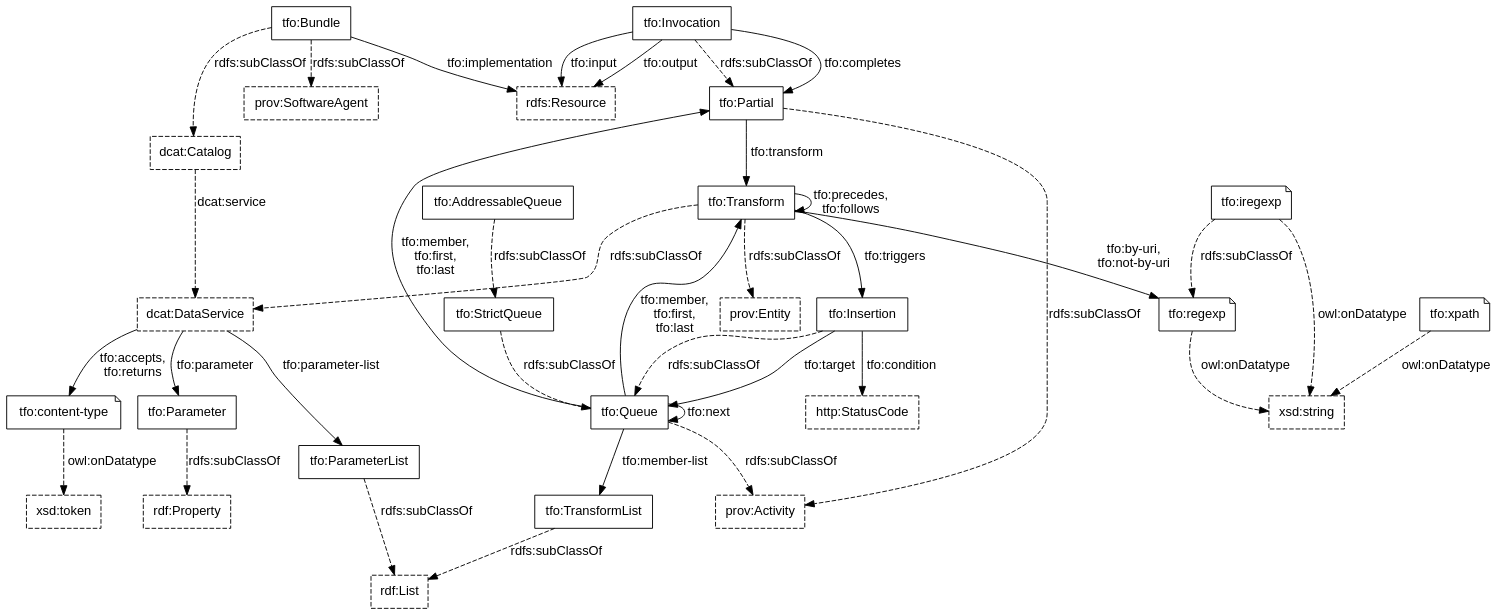
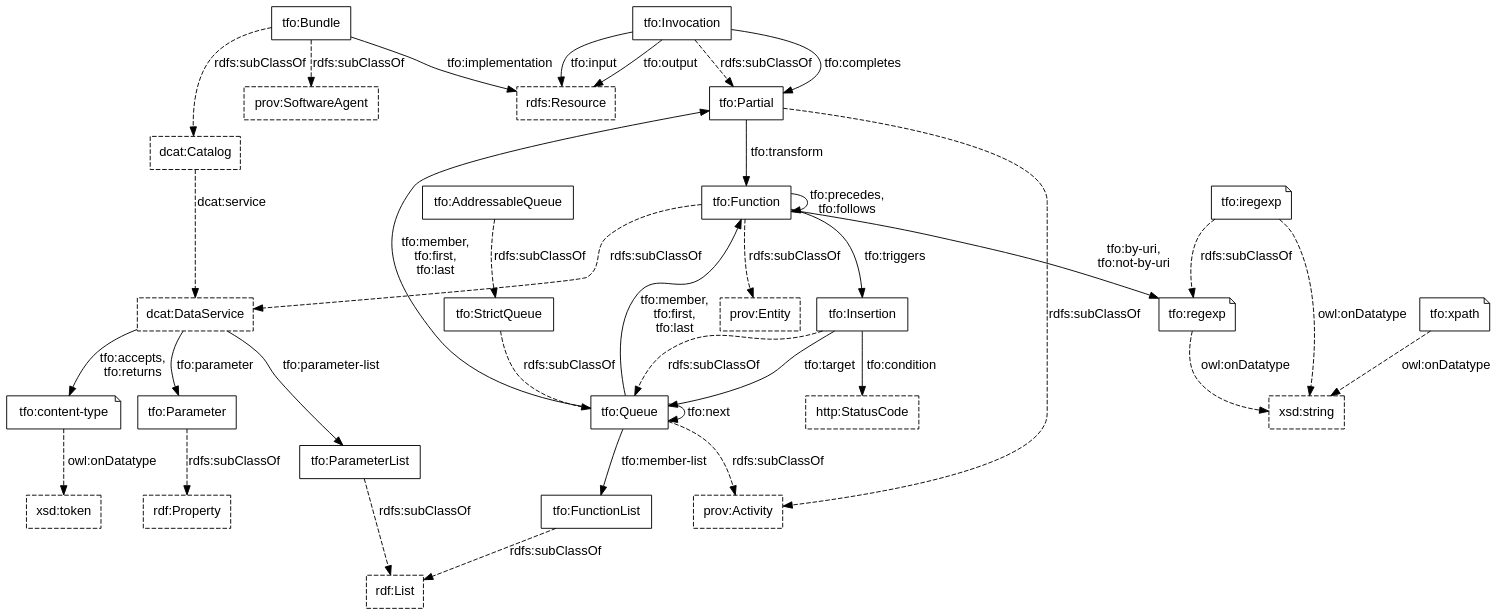
The diagram in transformation-classes.dot (doriantaylor/owl-transformation), drawn with Graphviz before and after one commit. The commit also changed 3 other files, not shown here.

```diff
--- a/transformation-classes.dot
+++ b/transformation-classes.dot
@@ -1,113 +1,113 @@
 digraph {
     graph [bgcolor=transparent];
     node [shape=box,color="#000000",fontcolor="#000000",fontname="Lucida Grande, Lucida Sans Unicode, sans-serif"];
     edge [color="#000000",fontcolor="#000000",fontname="Lucida Grande, Lucida Sans Unicode, sans-serif"];
 
     // third-party classes
 
     subgraph {
         node [style=dashed];
         prov_Activity [label="prov:Activity", target="_parent", href="https://www.w3.org/TR/prov-o/#Activity"];
         prov_Entity [label="prov:Entity", target="_parent", href="https://www.w3.org/TR/prov-o/#Entity"];
         dcat_Catalog [label="dcat:Catalog" target="_parent", href="https://www.w3.org/TR/vocab-dcat-2/#Class:Catalog"];
         dcat_DataService [label="dcat:DataService" target="_parent", href="https://www.w3.org/TR/vocab-dcat-2/#Class:Data_Service"];
         prov_SoftwareAgent [label="prov:SoftwareAgent", target="_parent", href="https://www.w3.org/TR/prov-o/#SoftwareAgent"];
         rdf_List      [label="rdf:List", target="_parent", href="https://www.w3.org/TR/rdf-schema/#ch_list"];
         rdf_Property  [label="rdf:Property", target="_parent", href="https://www.w3.org/TR/rdf-schema/#ch_property"];
         rdfs_Resource [label="rdfs:Resource", target="_parent", href="https://www.w3.org/TR/rdf-schema/#ch_resource"];
         http_StatusCode [label="http:StatusCode", target="_parent", href="https://www.w3.org/TR/HTTP-in-RDF10/#StatusCodeClass"];
         xsd_string    [label="xsd:string", target="_parent", href="https://www.w3.org/TR/xmlschema-2/#string"];
         xsd_token     [label="xsd:token", target="_parent", href="https://www.w3.org/TR/xmlschema-2/#token"];
         //rdf_nil       [label="rdf:nil", target="_parent", href="https://www.w3.org/TR/rdf-schema/#ch_nil"];
     }
 
     // our classes
 
     tfo_Bundle [label="tfo:Bundle", target="_parent", href="https://vocab.methodandstructure.com/transformation#Bundle"];
     tfo_Invocation [label="tfo:Invocation", target="_parent", href="https://vocab.methodandstructure.com/transformation#Invocation"];
     tfo_Parameter [label="tfo:Parameter", target="_parent", href="https://vocab.methodandstructure.com/transformation#Parameter"];
     tfo_ParameterList [label="tfo:ParameterList", target="_parent", href="https://vocab.methodandstructure.com/transformation#ParameterList"];
     tfo_Partial [label="tfo:Partial", target="_parent", href="https://vocab.methodandstructure.com/transformation#Partial"];
-    tfo_Transform [label="tfo:Transform", target="_parent", href="https://vocab.methodandstructure.com/transformation#Transform"];
+    tfo_Function [label="tfo:Function", target="_parent", href="https://vocab.methodandstructure.com/transformation#Function"];
     // tfo_MarkupTransform [label="tfo:MarkupTransform", target="_parent", href="https://vocab.methodandstructure.com/transformation#MarkupTransform"];
     tfo_Queue [label="tfo:Queue", target="_parent", href="https://vocab.methodandstructure.com/transformation#Queue"];
     tfo_StrictQueue [label="tfo:StrictQueue", target="_parent", href="https://vocab.methodandstructure.com/transformation#StrictQueue"];
     tfo_AddressableQueue [label="tfo:AddressableQueue", target="_parent", href="https://vocab.methodandstructure.com/transformation#AddressableQueue"];
-    tfo_TransformList [label="tfo:TransformList", target="_parent", href="https://vocab.methodandstructure.com/transformation#TransformList"];
+    tfo_FunctionList [label="tfo:FunctionList", target="_parent", href="https://vocab.methodandstructure.com/transformation#FunctionList"];
     tfo_Insertion [label="tfo:Insertion", target="_parent", href="https://vocab.methodandstructure.com/transformation#Insertion"];
 
     // our datatypes
 
     subgraph {
         node [shape=note];
         tfo_content_type [label="tfo:content-type", target="_parent", href="https://vocab.methodandstructure.com/transformation#content-type"];
         tfo_regexp [label="tfo:regexp", target="_parent", href="https://vocab.methodandstructure.com/transformation#regexp"];
         tfo_iregexp [label="tfo:iregexp", target="_parent", href="https://vocab.methodandstructure.com/transformation#iregexp"];
         tfo_xpath [label="tfo:xpath", target="_parent", href="https://vocab.methodandstructure.com/transformation#xpath"];
     }
 
     subgraph {
         edge [style=dashed, label="owl:onDatatype"];
         tfo_content_type -> xsd_token;
         tfo_regexp       -> xsd_string;
         tfo_iregexp      -> xsd_string;
         tfo_xpath        -> xsd_string;
     }
 
     // subclass relations
 
     subgraph {
         edge [style=dashed, label="rdfs:subClassOf"];
         tfo_Bundle           -> dcat_Catalog;
         tfo_Bundle           -> prov_SoftwareAgent;
         tfo_Invocation       -> tfo_Partial -> prov_Activity;
         // tfo_MarkupTransform  -> tfo_Transform -> dcat_DataService;
-        tfo_Transform        -> dcat_DataService;
-        tfo_Transform        -> prov_Entity;
+        tfo_Function         -> dcat_DataService;
+        tfo_Function         -> prov_Entity;
         tfo_Parameter        -> rdf_Property;
         tfo_ParameterList    -> rdf_List;
         tfo_iregexp          -> tfo_regexp;
         tfo_StrictQueue      -> tfo_Queue -> prov_Activity;
         tfo_AddressableQueue -> tfo_StrictQueue;
         tfo_Insertion        -> tfo_Queue;
-        tfo_TransformList    -> rdf_List;
+        tfo_FunctionList    -> rdf_List;
     }
 
     // main relations
 
     tfo_Bundle -> rdfs_Resource [label="tfo:implementation"];
     dcat_DataService -> tfo_Parameter [label="tfo:parameter"];
     dcat_DataService -> tfo_ParameterList [label="tfo:parameter-list"];
     dcat_DataService -> tfo_content_type [label="tfo:accepts,\ntfo:returns"];
     // tfo_Transform -> tfo_content_type [label="tfo:returns"];
-    tfo_Transform -> tfo_Transform [label="tfo:precedes,\ntfo:follows"];
-    tfo_Transform -> tfo_Insertion [label="tfo:triggers"];
-    tfo_Partial   -> tfo_Transform [label="tfo:transform"];
+    tfo_Function  -> tfo_Function [label="tfo:precedes,\ntfo:follows"];
+    tfo_Function  -> tfo_Insertion [label="tfo:triggers"];
+    tfo_Partial   -> tfo_Function [label="tfo:transform"];
     tfo_Invocation -> tfo_Partial [label="tfo:completes"];
     tfo_Invocation -> rdfs_Resource [label="tfo:input"];
     tfo_Invocation -> rdfs_Resource [label="tfo:output"];
 
     tfo_Queue -> tfo_Queue [label="tfo:next"];
-    tfo_Queue -> tfo_Transform [label="tfo:member,\ntfo:first,\ntfo:last"];
+    tfo_Queue -> tfo_Function [label="tfo:member,\ntfo:first,\ntfo:last"];
     tfo_Queue -> tfo_Partial [label="tfo:member,\ntfo:first,\ntfo:last"];
-    tfo_Queue -> tfo_TransformList [label="tfo:member-list"];
+    tfo_Queue -> tfo_FunctionList [label="tfo:member-list"];
 
     tfo_Insertion -> tfo_Queue [label="tfo:target"];
     tfo_Insertion -> http_StatusCode [label="tfo:condition"];
 
-    tfo_Transform -> tfo_regexp [label="tfo:by-uri,\ntfo:not-by-uri"];
+    tfo_Function -> tfo_regexp [label="tfo:by-uri,\ntfo:not-by-uri"];
     //tfo_MarkupTransform -> tfo_xpath [label="tfo:by-xpath,\ntfo:not-by-xpath"];
 
     subgraph {
         edge [style=dashed];
         dcat_Catalog -> dcat_DataService [label="dcat:service"];
         //tfo_Parameter -> tfo_Invocation [label="rdfs:domain"];
         //tfo_ParameterList -> tfo_Parameter [label="rdf:first"];
         //tfo_ParameterList -> tfo_ParameterList [label="rdf:rest"];
         //tfo_ParameterList -> rdf_nil [label="rdf:rest"];
-        //tfo_TransformList -> tfo_Transform [label="rdf:first"];
-        //tfo_TransformList -> tfo_Partial [label="rdf:first"];
-        //tfo_TransformList -> tfo_TransformList [label="rdf:rest"];
-        //tfo_TransformList -> rdf_nil [label="rdf:rest"];
+        //tfo_FunctionList -> tfo_Transform [label="rdf:first"];
+        //tfo_FunctionList -> tfo_Partial [label="rdf:first"];
+        //tfo_FunctionList -> tfo_FunctionList [label="rdf:rest"];
+        //tfo_FunctionList -> rdf_nil [label="rdf:rest"];
     }
 }
```
